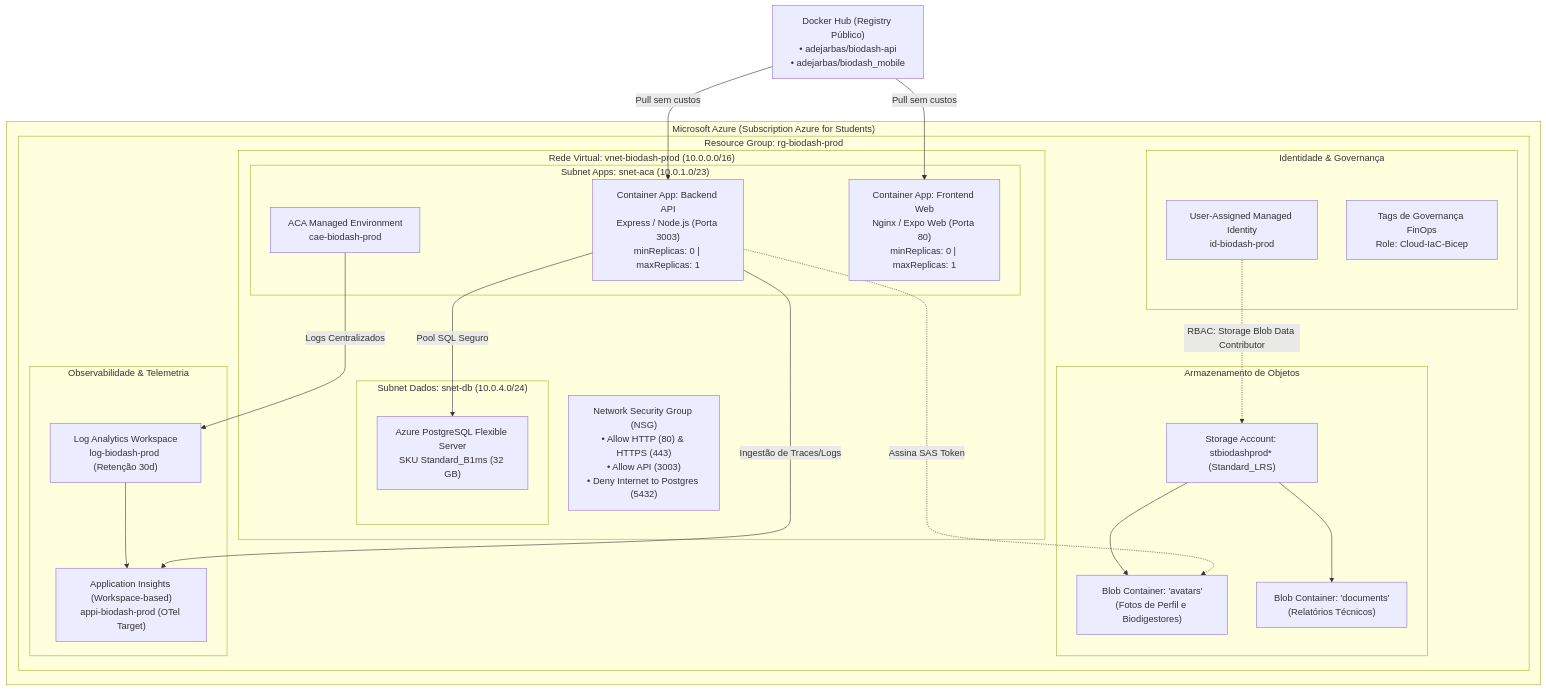
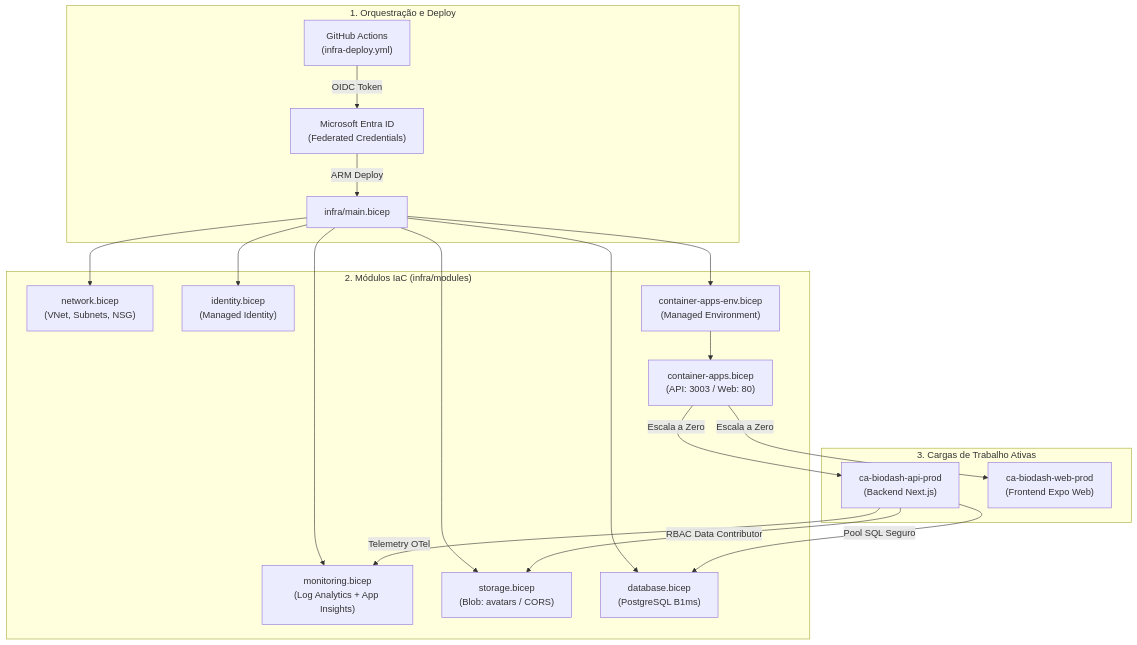
One commit to Adejarbas/BioDash_mobile changed the diagram in docs/bicep-iac-architecture.md. Above: the diagram before and after it, drawn with Mermaid. The commit also changed other lines of this file, not shown here.

Commit message:
docs: add updated doc for bicep-iac-architecture

````diff
--- a/docs/bicep-iac-architecture.md
+++ b/docs/bicep-iac-architecture.md
@@ -30,50 +30,26 @@
 ```mermaid
 graph TD
-    subgraph Azure_Sub["Microsoft Azure (Subscription Azure for Students)"]
-        subgraph RG["Resource Group: rg-biodash-prod"]
-            
-            subgraph Sec_Ident["Identidade & Governança"]
-                MI["User-Assigned Managed Identity<br>id-biodash-prod"]
-                Tags["Tags de Governança FinOps<br>Role: Cloud-IaC-Bicep"]
-            end
-            
-            subgraph VNet["Rede Virtual: vnet-biodash-prod (10.0.0.0/16)"]
-                NSG["Network Security Group (NSG)<br>• Allow HTTP (80) & HTTPS (443)<br>• Allow API (3003)<br>• Deny Internet to Postgres (5432)"]
-                
-                subgraph Subnet_ACA["Subnet Apps: snet-aca (10.0.1.0/23)"]
-                    CAE["ACA Managed Environment<br>cae-biodash-prod"]
-                    CA_Back["Container App: Backend API<br>Express / Node.js (Porta 3003)<br>minReplicas: 0 | maxReplicas: 1"]
-                    CA_Front["Container App: Frontend Web<br>Nginx / Expo Web (Porta 80)<br>minReplicas: 0 | maxReplicas: 1"]
-                end
-                
-                subgraph Subnet_DB["Subnet Dados: snet-db (10.0.4.0/24)"]
-                    PG["Azure PostgreSQL Flexible Server<br>SKU Standard_B1ms (32 GB)"]
-                end
-            end
-            
-            subgraph Storage["Armazenamento de Objetos"]
-                ST["Storage Account: stbiodashprod* (Standard_LRS)"]
-                C_Avatars["Blob Container: 'avatars'<br>(Fotos de Perfil e Biodigestores)"]
-                C_Docs["Blob Container: 'documents'<br>(Relatórios Técnicos)"]
-                ST --> C_Avatars
-                ST --> C_Docs
-            end
-            
-            subgraph Observability["Observabilidade & Telemetria"]
-                LAW["Log Analytics Workspace<br>log-biodash-prod (Retenção 30d)"]
-                AI["Application Insights (Workspace-based)<br>appi-biodash-prod (OTel Target)"]
-                LAW --> AI
-            end
-            
-        end
+    subgraph Orquestracao["1. Orquestração e Deploy"]
+        GH["GitHub Actions<br>(infra-deploy.yml)"] -->|OIDC Token| EntraID["Microsoft Entra ID<br>(Federated Credentials)"]
+        EntraID -->|ARM Deploy| MainBicep["infra/main.bicep"]
     end
 
-    DockerHub["Docker Hub (Registry Público)<br>• adejarbas/biodash-api<br>• adejarbas/biodash_mobile"] -->|Pull sem custos| CA_Back
-    DockerHub -->|Pull sem custos| CA_Front
+    subgraph Modulos["2. Módulos IaC (infra/modules)"]
+        MainBicep --> Net["network.bicep<br>(VNet, Subnets, NSG)"]
+        MainBicep --> Ident["identity.bicep<br>(Managed Identity)"]
+        MainBicep --> Mon["monitoring.bicep<br>(Log Analytics + App Insights)"]
+        MainBicep --> St["storage.bicep<br>(Blob: avatars / CORS)"]
+        MainBicep --> CAE["container-apps-env.bicep<br>(Managed Environment)"]
+        MainBicep --> DB["database.bicep<br>(PostgreSQL B1ms)"]
+        
+        CAE --> CA["container-apps.bicep<br>(API: 3003 / Web: 80)"]
+    end
 
-    MI -.->|RBAC: Storage Blob Data Contributor| ST
-    CA_Back -.->|Assina SAS Token| C_Avatars
-    CA_Back -->|Ingestão de Traces/Logs| AI
-    CAE -->|Logs Centralizados| LAW
-    CA_Back -->|Pool SQL Seguro| PG
+    subgraph Aplicacao["3. Cargas de Trabalho Ativas"]
+        CA -->|Escala a Zero| API["ca-biodash-api-prod<br>(Backend Next.js)"]
+        CA -->|Escala a Zero| Web["ca-biodash-web-prod<br>(Frontend Expo Web)"]
+        API -->|Pool SQL Seguro| DB
+        API -->|RBAC Data Contributor| St
+        API -->|Telemetry OTel| Mon
+    end
 ```
````
